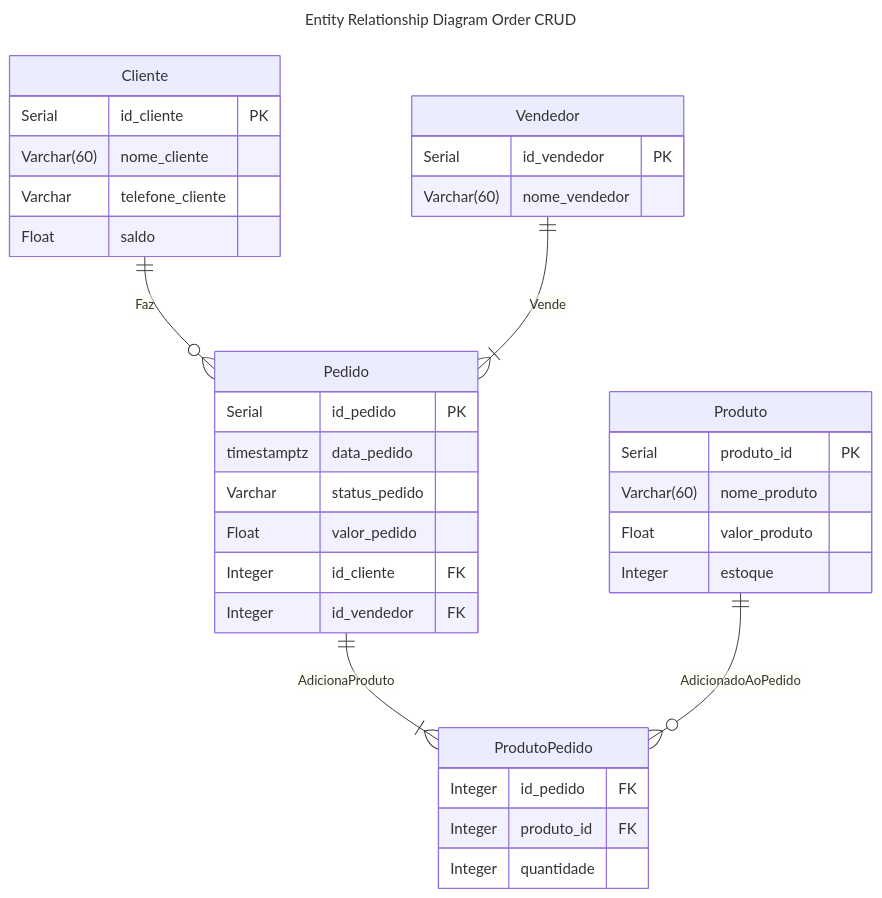
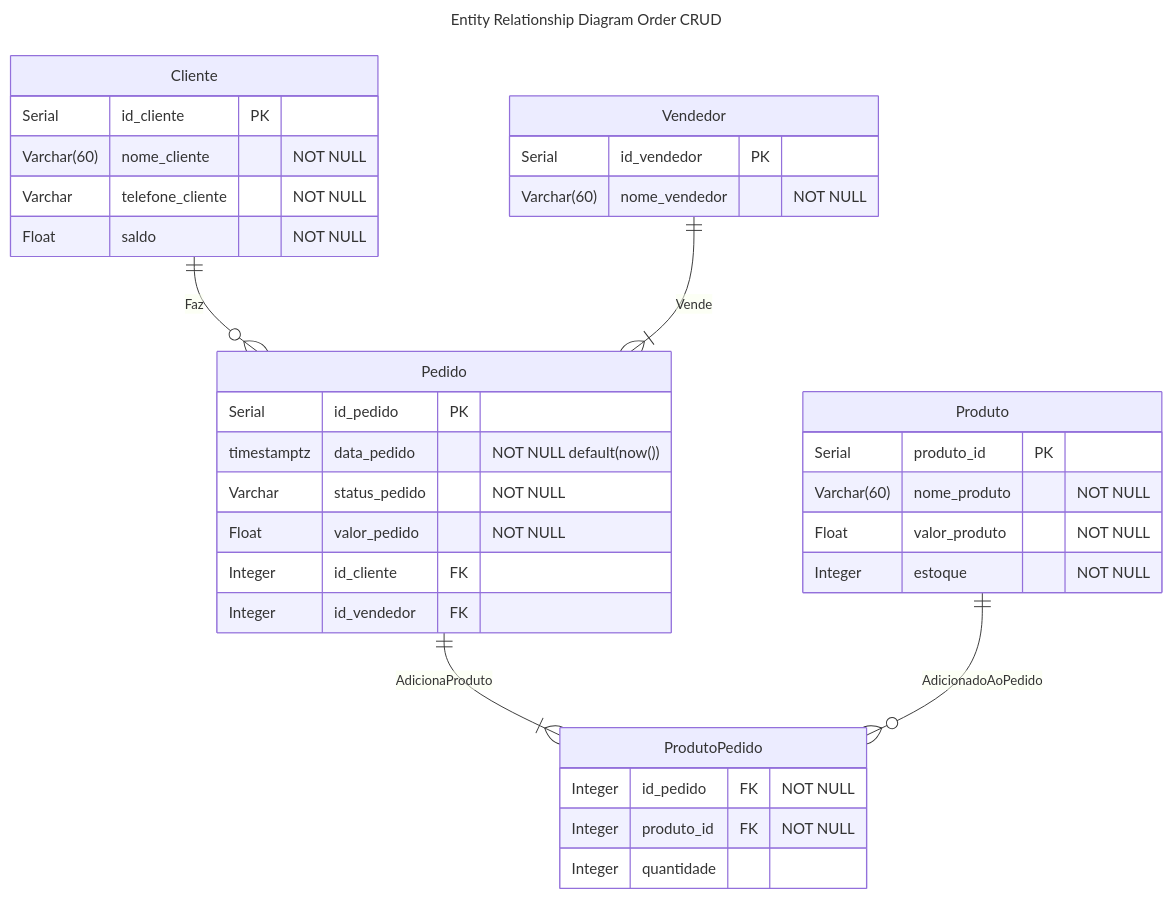
The diagram in diagrams/der.mmd (marianaoliveira-mb/APIGo), drawn with Mermaid before and after one commit.

Commit message:
Modificando DER

```diff
--- a/diagrams/der.mmd
+++ b/diagrams/der.mmd
@@ -1,42 +1,42 @@
 ---
 title: Entity Relationship Diagram Order CRUD
 ---
 erDiagram
     Cliente{
         Serial id_cliente PK
-        Varchar(60) nome_cliente
-        Varchar telefone_cliente
-        Float saldo
+        Varchar(60) nome_cliente "NOT NULL"
+        Varchar telefone_cliente "NOT NULL"
+        Float saldo "NOT NULL"
     }
 
     Vendedor{
         Serial id_vendedor PK
-        Varchar(60) nome_vendedor
+        Varchar(60) nome_vendedor "NOT NULL"
     }
 
     Pedido{
         Serial id_pedido PK
-        timestamptz data_pedido
-        Varchar status_pedido
-        Float valor_pedido
+        timestamptz data_pedido "NOT NULL default(now())"
+        Varchar status_pedido "NOT NULL"
+        Float valor_pedido "NOT NULL"
         Integer id_cliente FK
         Integer id_vendedor FK 
     }
 
     Produto{
         Serial produto_id PK
-        Varchar(60) nome_produto
-        Float valor_produto
-        Integer estoque
+        Varchar(60) nome_produto "NOT NULL"
+        Float valor_produto "NOT NULL"
+        Integer estoque "NOT NULL"
     }
 
     ProdutoPedido{
-        Integer id_pedido FK
-        Integer produto_id FK
+        Integer id_pedido FK "NOT NULL"
+        Integer produto_id FK "NOT NULL"
         Integer quantidade
     }
 
     Cliente ||--o{ Pedido : Faz
     Vendedor ||--|{ Pedido : Vende
     Pedido ||--|{ ProdutoPedido : AdicionaProduto
     Produto ||--o{ ProdutoPedido : AdicionadoAoPedido
```
